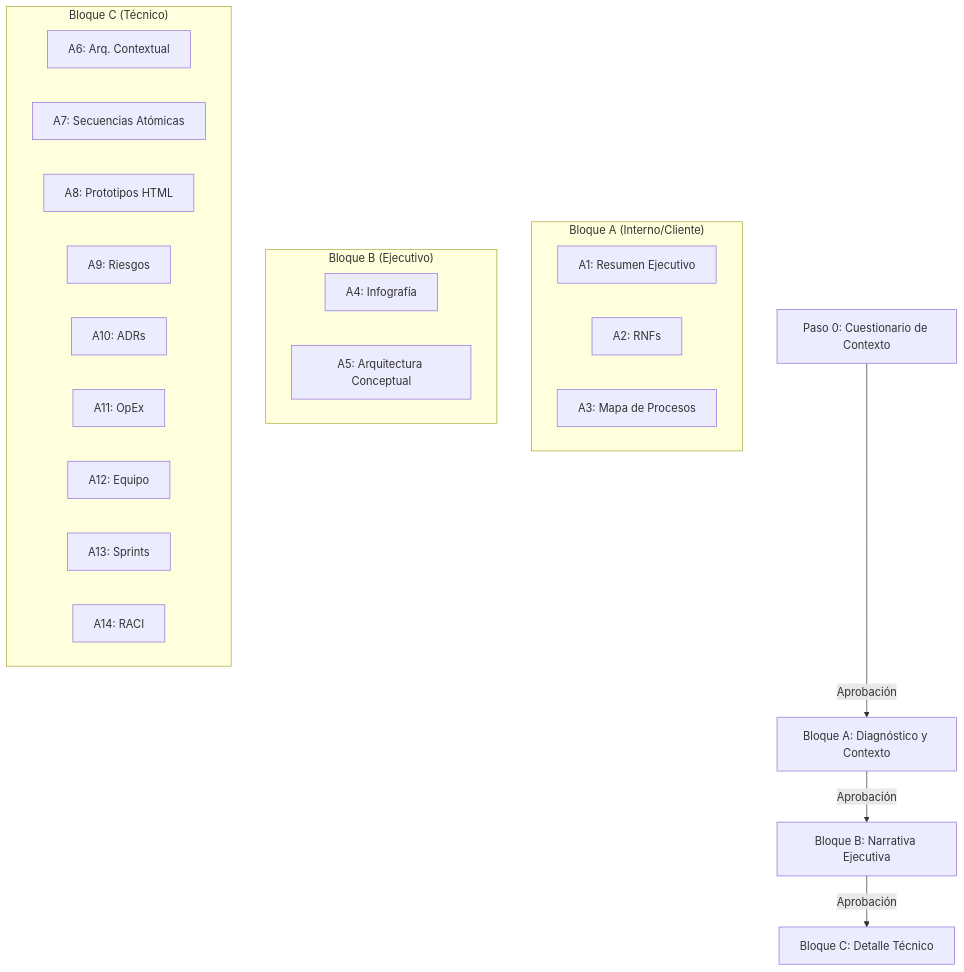
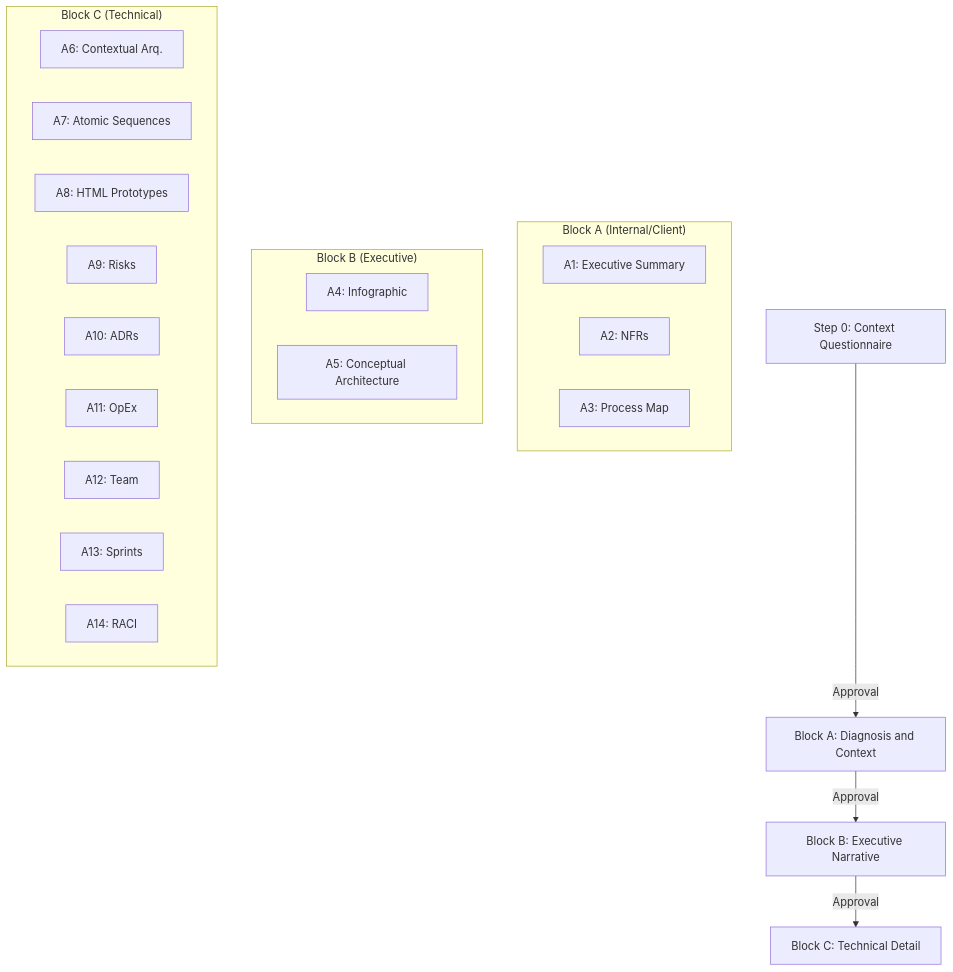
The first of 4 diagrams in README.md (alejandroSanchezCaceres/cortex-skill-architectural-analysis), drawn with Mermaid before and after one commit. The commit also changed other lines of this file and 7 other files, not shown here.

````diff
--- a/README.md
+++ b/README.md
@@ -22,29 +25,29 @@
 ```mermaid
 graph TD
-    P0[Paso 0: Cuestionario de Contexto] --> |Aprobación| BA[Bloque A: Diagnóstico y Contexto]
-    BA --> |Aprobación| BB[Bloque B: Narrativa Ejecutiva]
-    BB --> |Aprobación| BC[Bloque C: Detalle Técnico]
+    P0[Step 0: Context Questionnaire] --> |Approval| BA[Block A: Diagnosis and Context]
+    BA --> |Approval| BB[Block B: Executive Narrative]
+    BB --> |Approval| BC[Block C: Technical Detail]
     
-    subgraph "Bloque A (Interno/Cliente)"
-        A1[A1: Resumen Ejecutivo]
-        A2[A2: RNFs]
-        A3[A3: Mapa de Procesos]
+    subgraph "Block A (Internal/Client)"
+        A1[A1: Executive Summary]
+        A2[A2: NFRs]
+        A3[A3: Process Map]
     end
     
-    subgraph "Bloque B (Ejecutivo)"
-        A4[A4: Infografía]
-        A5[A5: Arquitectura Conceptual]
+    subgraph "Block B (Executive)"
+        A4[A4: Infographic]
+        A5[A5: Conceptual Architecture]
     end
     
-    subgraph "Bloque C (Técnico)"
-        A6[A6: Arq. Contextual]
-        A7[A7: Secuencias Atómicas]
-        A8[A8: Prototipos HTML]
-        A9[A9: Riesgos]
+    subgraph "Block C (Technical)"
+        A6[A6: Contextual Arq.]
+        A7[A7: Atomic Sequences]
+        A8[A8: HTML Prototypes]
+        A9[A9: Risks]
         A10[A10: ADRs]
         A11[A11: OpEx]
-        A12[A12: Equipo]
+        A12[A12: Team]
         A13[A13: Sprints]
         A14[A14: RACI]
     end
 ```
````
